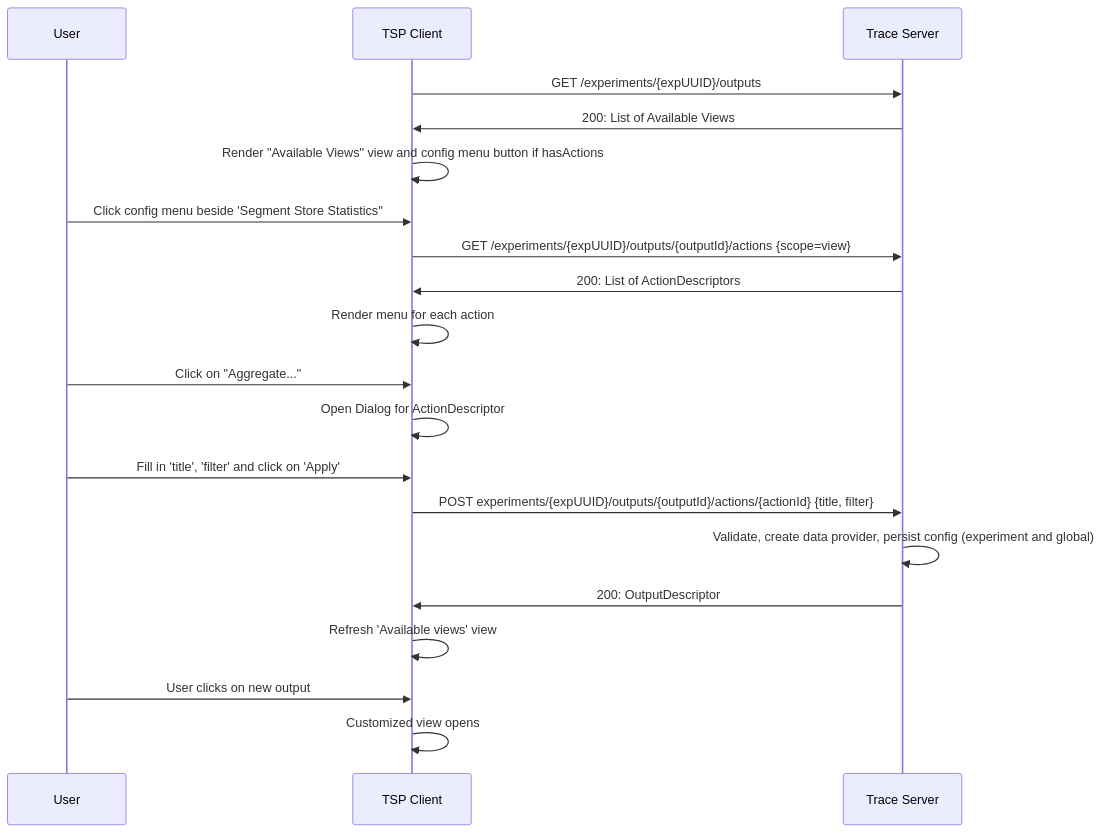
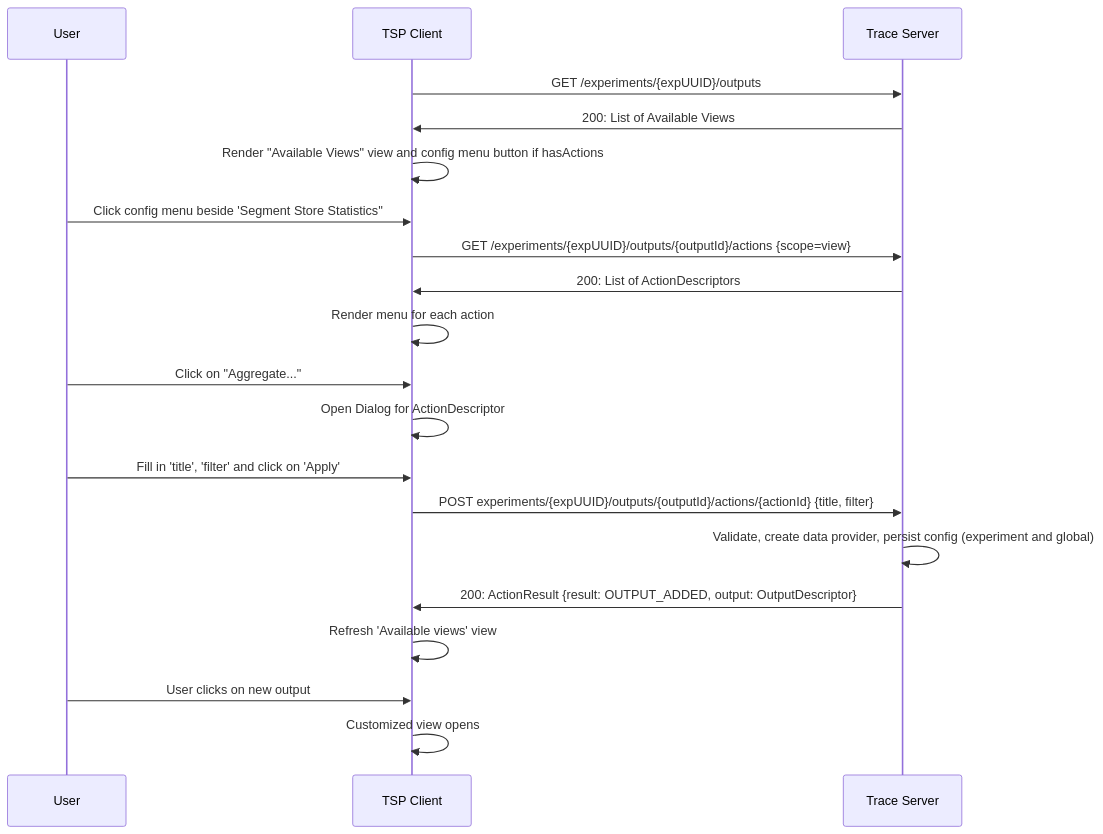
One commit to bhufmann/theia-trace-extension changed the ninth of 9 diagrams in doc/adr/0011-tsp-analysis-api.md. Above: the diagram before and after it, drawn with Mermaid. The commit also changed other lines of this file, not shown here.

````diff
--- a/doc/adr/0011-tsp-analysis-api.md
+++ b/doc/adr/0011-tsp-analysis-api.md
@@ -716,22 +673,22 @@
 ```mermaid
 sequenceDiagram
     participant user as User
     participant client as TSP Client
     participant server as Trace Server
     client->>server: GET /experiments/{expUUID}/outputs
     server->>client: 200: List of Available Views
     client->>client: Render "Available Views" view and config menu button if hasActions
     user->>client: Click config menu beside 'Segment Store Statistics''
     client->>server: GET /experiments/{expUUID}/outputs/{outputId}/actions {scope=view}
     server->>client: 200: List of ActionDescriptors
     client->>client: Render menu for each action
     user->>client: Click on "Aggregate..."
     client->>client: Open Dialog for ActionDescriptor
     user->>client: Fill in 'title', 'filter' and click on 'Apply'
     client->>server: POST experiments/{expUUID}/outputs/{outputId}/actions/{actionId} {title, filter}
     server->>server: Validate, create data provider, persist config (experiment and global)
-    server->>client: 200: OutputDescriptor
+    server->>client: 200: ActionResult {result: OUTPUT_ADDED, output: OutputDescriptor}
     client->>client: Refresh 'Available views' view
     user->>client: User clicks on new output
     client->>client: Customized view opens
  ```
````
